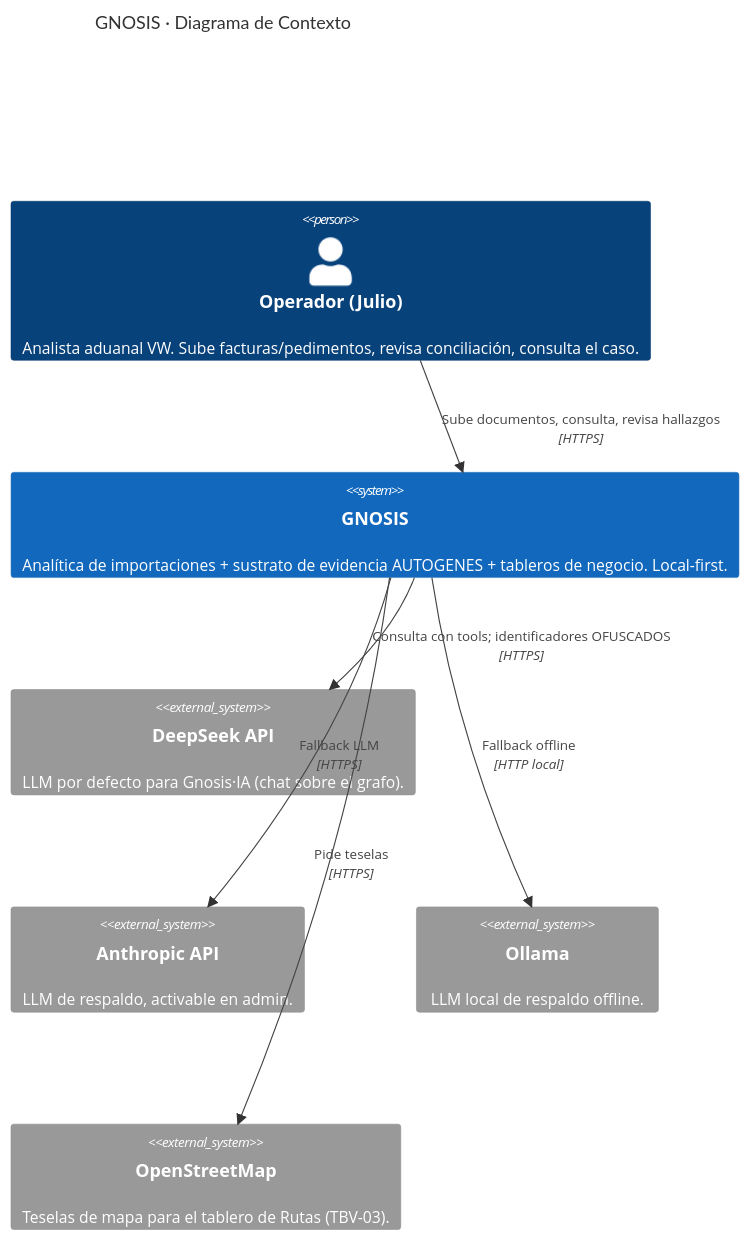
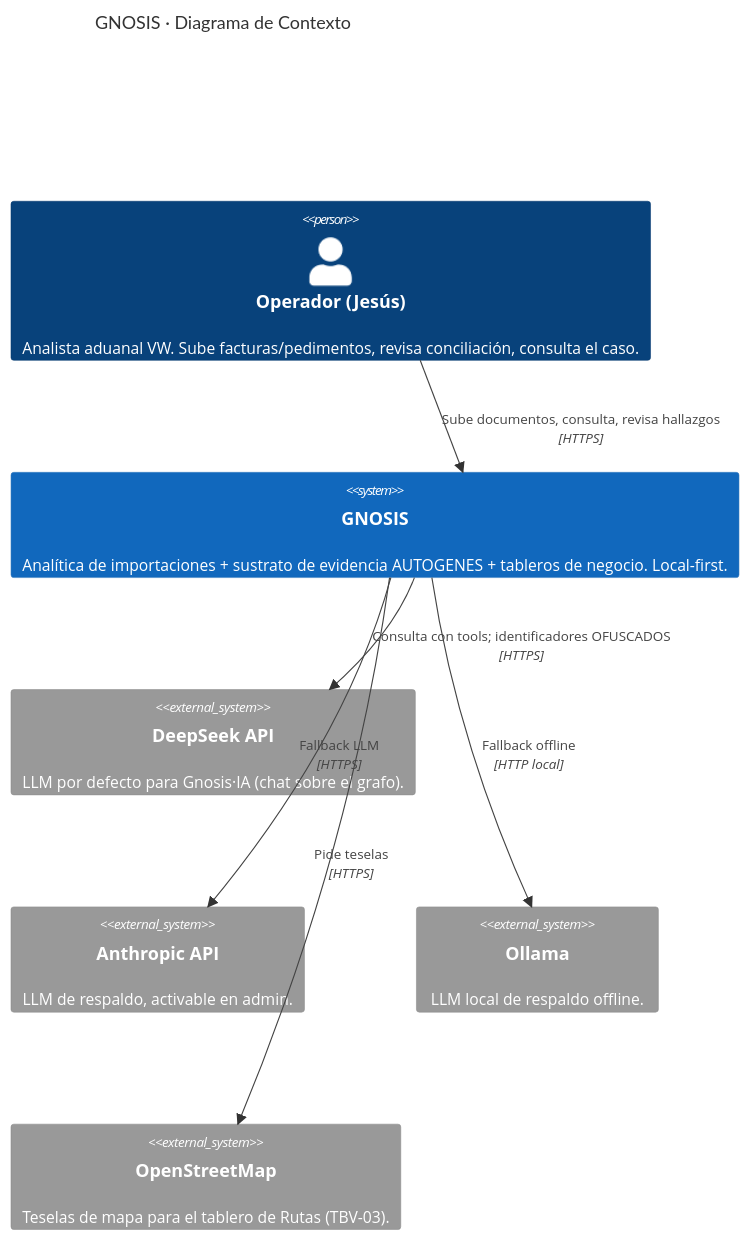
The first of 8 diagrams in docs/ARQUITECTURA.md (Allogenes-Umwelt/GNOSIS), drawn with Mermaid before and after one commit. The commit also changed 6 other files, not shown here.

First line of the commit message:
docs: correct operator name (Julio → Jesús) across CLAUDE.md and plans

````diff
--- a/docs/ARQUITECTURA.md
+++ b/docs/ARQUITECTURA.md
@@ -28,21 +28,21 @@
 ```mermaid
 C4Context
     title GNOSIS · Diagrama de Contexto
 
-    Person(operador, "Operador (Julio)", "Analista aduanal VW. Sube facturas/pedimentos, revisa conciliación, consulta el caso.")
+    Person(operador, "Operador (Jesús)", "Analista aduanal VW. Sube facturas/pedimentos, revisa conciliación, consulta el caso.")
 
     System(gnosis, "GNOSIS", "Analítica de importaciones + sustrato de evidencia AUTOGENES + tableros de negocio. Local-first.")
 
     System_Ext(deepseek, "DeepSeek API", "LLM por defecto para Gnosis·IA (chat sobre el grafo).")
     System_Ext(anthropic, "Anthropic API", "LLM de respaldo, activable en admin.")
     System_Ext(ollama, "Ollama", "LLM local de respaldo offline.")
     System_Ext(osm, "OpenStreetMap", "Teselas de mapa para el tablero de Rutas (TBV-03).")
 
     Rel(operador, gnosis, "Sube documentos, consulta, revisa hallazgos", "HTTPS")
     Rel(gnosis, deepseek, "Consulta con tools; identificadores OFUSCADOS", "HTTPS")
     Rel(gnosis, anthropic, "Fallback LLM", "HTTPS")
     Rel(gnosis, ollama, "Fallback offline", "HTTP local")
     Rel(gnosis, osm, "Pide teselas", "HTTPS")
 
     UpdateLayoutConfig($c4ShapeInRow="3", $c4BoundaryInRow="1")
 ```
````
